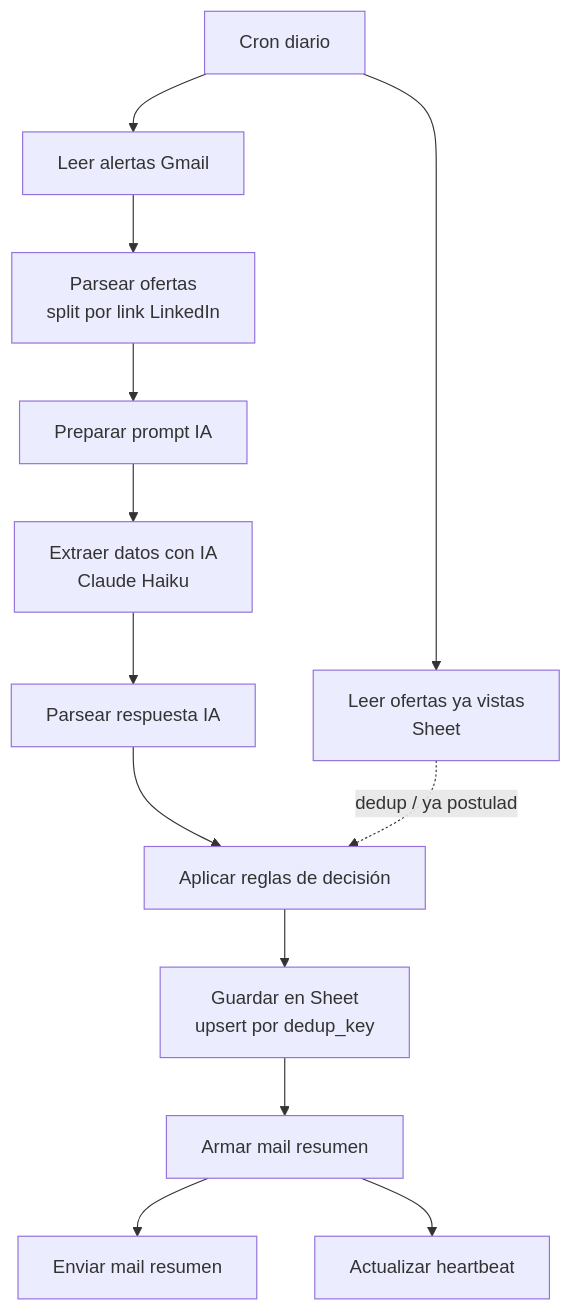
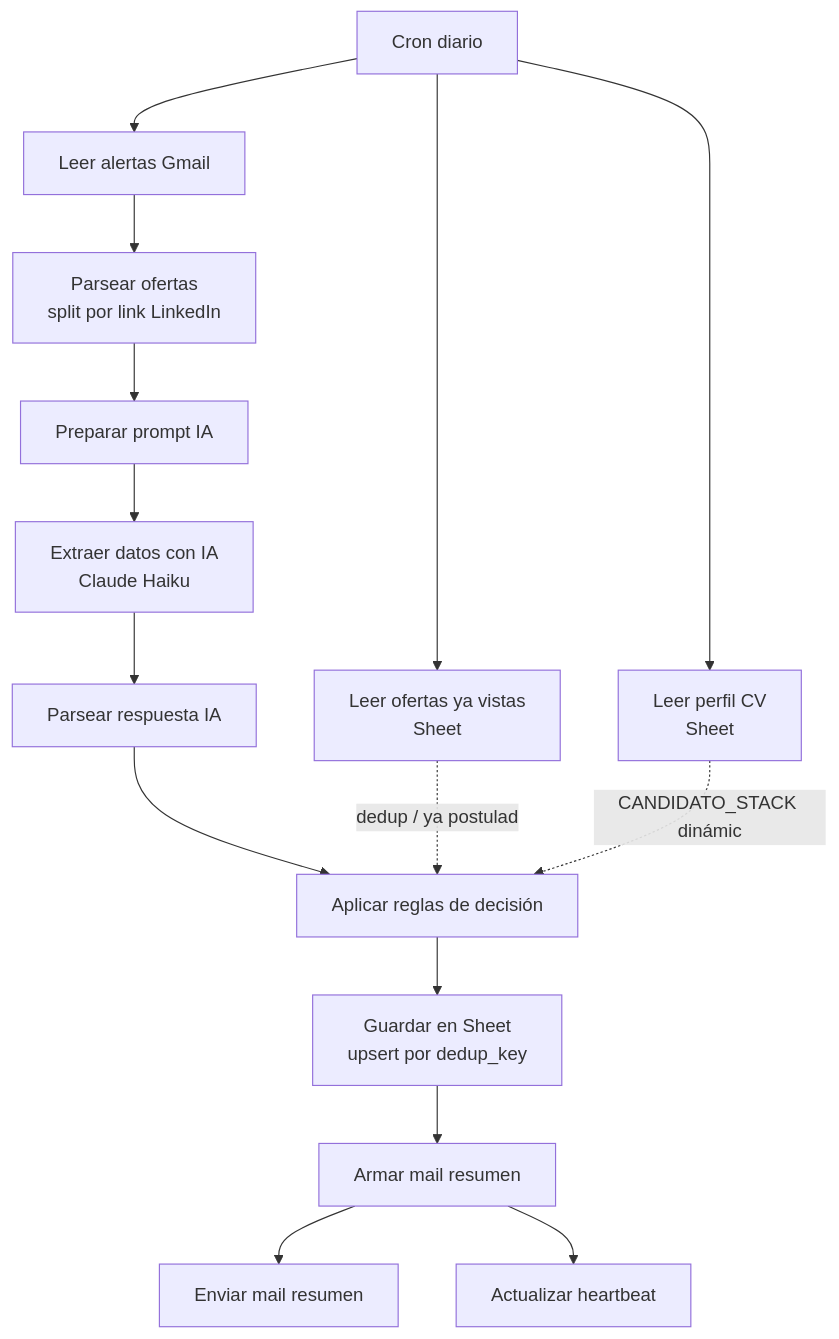
One commit to SMsimarco/radar-empleos changed the first of 2 diagrams in README.md. Above: the diagram before and after it, drawn with Mermaid. The commit also changed other lines of this file and 4 other files, not shown here.

Commit message:
Rama CV: workflow de Drive->stack extraído, rama principal ahora lee CANDIDATO_STACK dinámico

````diff
--- a/README.md
+++ b/README.md
@@ -13,15 +13,17 @@
 ```mermaid
 flowchart TD
     A[Cron diario] --> B[Leer alertas Gmail]
     A --> C[Leer ofertas ya vistas<br/>Sheet]
+    A --> M[Leer perfil CV<br/>Sheet]
     B --> D[Parsear ofertas<br/>split por link LinkedIn]
     D --> E[Preparar prompt IA]
     E --> F[Extraer datos con IA<br/>Claude Haiku]
     F --> G[Parsear respuesta IA]
     G --> H[Aplicar reglas de decisión]
     C -.dedup / ya postulado.-> H
+    M -.CANDIDATO_STACK dinámico.-> H
     H --> I[Guardar en Sheet<br/>upsert por dedup_key]
     I --> J[Armar mail resumen]
     J --> K[Enviar mail resumen]
     J --> L[Actualizar heartbeat]
 ```
````
